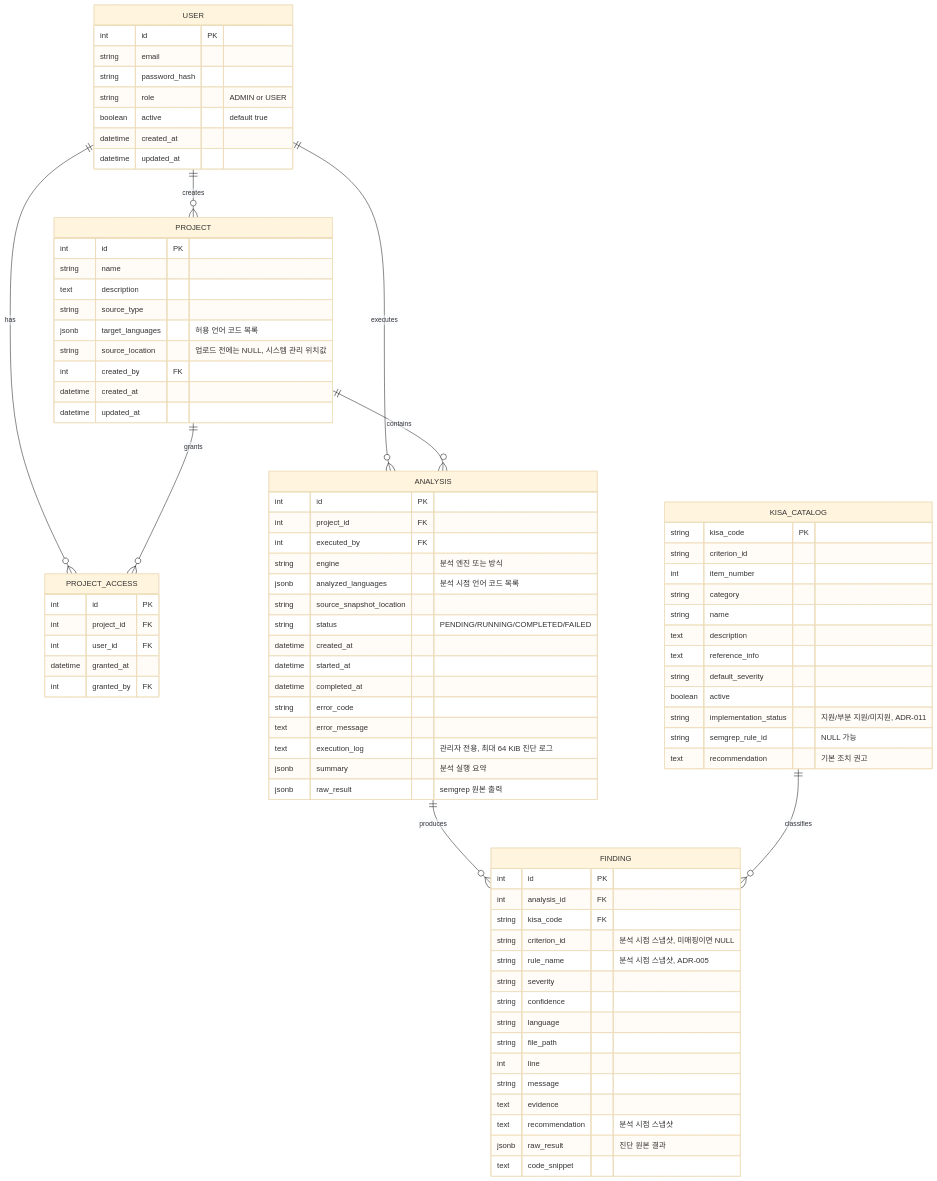
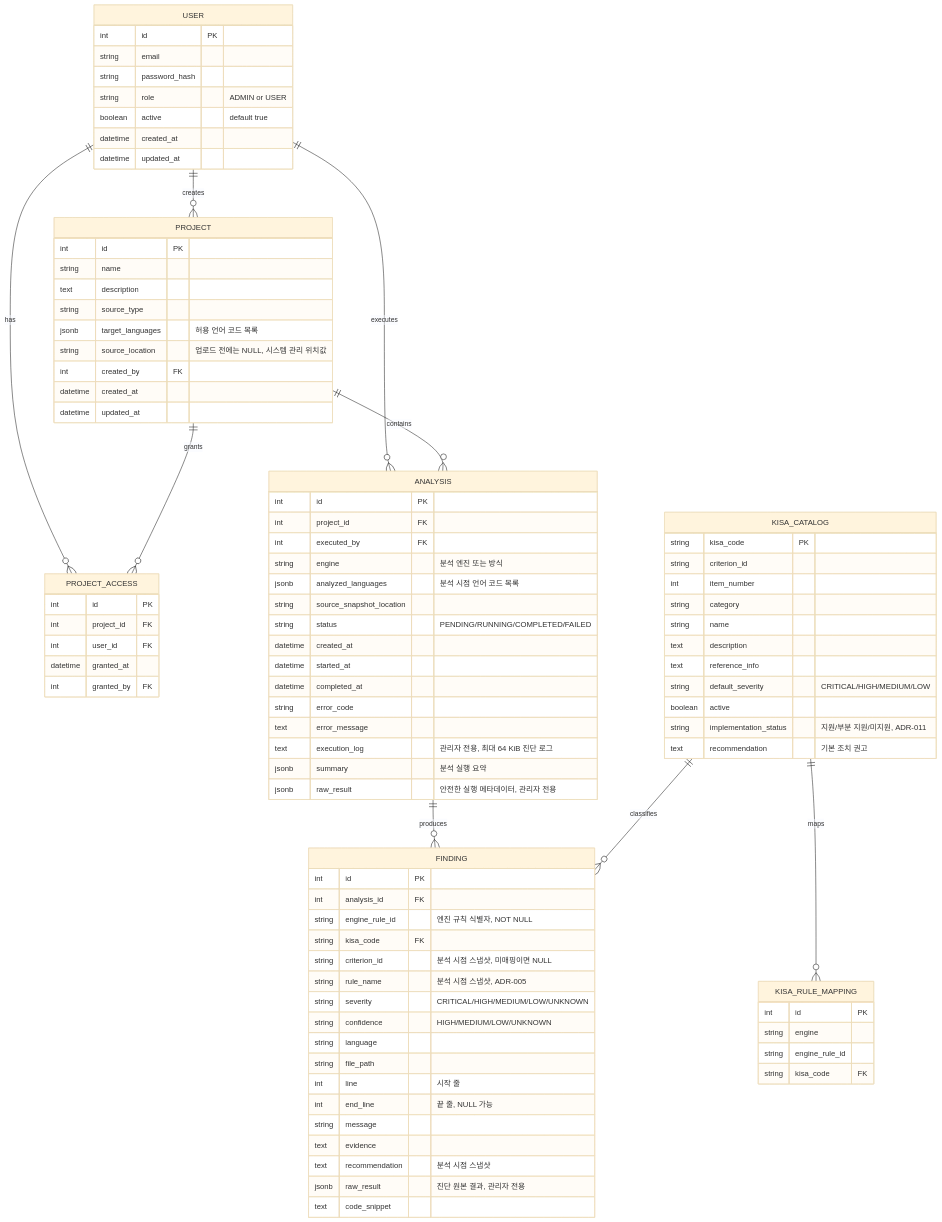
Before and after one commit to nYeonG4001/secscan: the diagram in docs/erd.md, drawn with Mermaid (base theme). The commit also changed other lines of this file and 16 other files, not shown here.

````diff
--- a/docs/erd.md
+++ b/docs/erd.md
@@ -11,6 +11,7 @@
     PROJECT ||--o{ ANALYSIS : contains
     ANALYSIS ||--o{ FINDING : produces
     KISA_CATALOG ||--o{ FINDING : classifies
+    KISA_CATALOG ||--o{ KISA_RULE_MAPPING : maps
 
     USER {
         int id PK
@@ -54,23 +55,25 @@
         text error_message
         text execution_log "관리자 전용, 최대 64 KiB 진단 로그"
         jsonb summary "분석 실행 요약"
-        jsonb raw_result "semgrep 원본 출력"
+        jsonb raw_result "안전한 실행 메타데이터, 관리자 전용"
     }
     FINDING {
         int id PK
         int analysis_id FK
+        string engine_rule_id "엔진 규칙 식별자, NOT NULL"
         string kisa_code FK
         string criterion_id "분석 시점 스냅샷, 미매핑이면 NULL"
         string rule_name "분석 시점 스냅샷, ADR-005"
-        string severity
-        string confidence
+        string severity "CRITICAL/HIGH/MEDIUM/LOW/UNKNOWN"
+        string confidence "HIGH/MEDIUM/LOW/UNKNOWN"
         string language
         string file_path
-        int line
+        int line "시작 줄"
+        int end_line "끝 줄, NULL 가능"
         string message
         text evidence
         text recommendation "분석 시점 스냅샷"
-        jsonb raw_result "진단 원본 결과"
+        jsonb raw_result "진단 원본 결과, 관리자 전용"
         text code_snippet
     }
     KISA_CATALOG {
@@ -81,10 +84,15 @@
         string name
         text description
         text reference_info
-        string default_severity
+        string default_severity "CRITICAL/HIGH/MEDIUM/LOW"
         boolean active
         string implementation_status "지원/부분 지원/미지원, ADR-011"
-        string semgrep_rule_id "NULL 가능"
         text recommendation "기본 조치 권고"
     }
+    KISA_RULE_MAPPING {
+        int id PK
+        string engine
+        string engine_rule_id
+        string kisa_code FK
+    }
 ```
````
